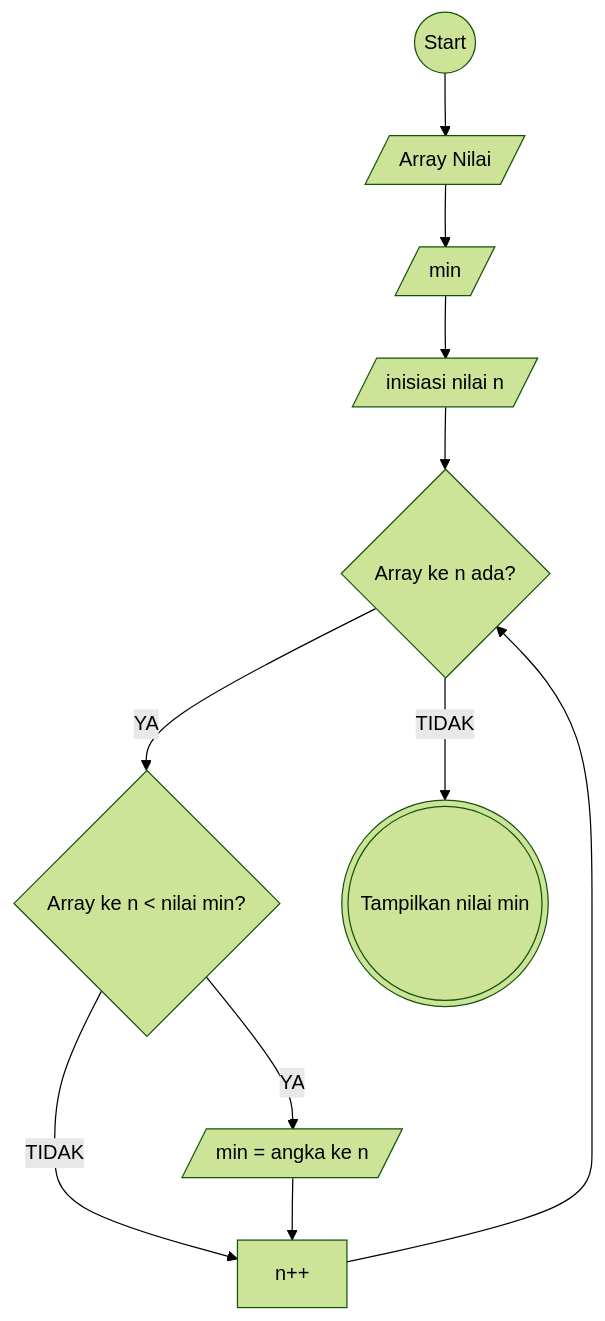
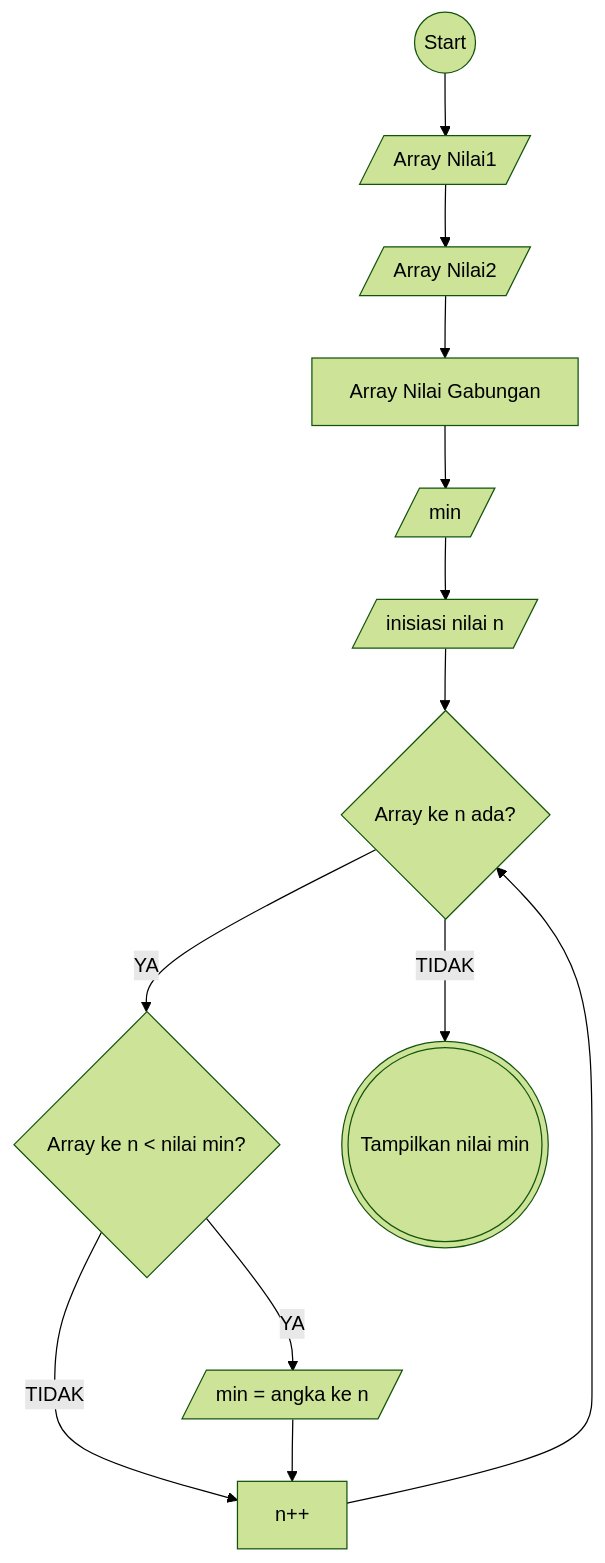
The second of 3 diagrams in koda-b1-javascript2-minitask1.md (mfchrzlmzakky/koda-b1-javascript2), drawn with Mermaid (forest theme) before and after one commit. The commit also changed other lines of this file and 1 other file, not shown here.

Commit message:
refactor: split array initialization into separate variables and update flowchart documentation

````diff
--- a/koda-b1-javascript2-minitask1.md
+++ b/koda-b1-javascript2-minitask1.md
@@ -26,22 +28,24 @@
 ```mermaid
 flowchart TB
 start((Start))
-input1[/Array Nilai/]
+input1[/Array Nilai1/]
+input11[/Array Nilai2/]
 input4[/min/]
 input7[/inisiasi nilai n/]
 input8[/min = angka ke n/]
 proses1[n++]
+proses112[Array Nilai Gabungan]
 check1{Array ke n ada?}
 check2{Array ke n < nilai min?}
 output1(((Tampilkan nilai min)))
-start -->input1
-input1-->input4
+start -->input1-->input11-->proses112
+proses112-->input4
 input4 --> input7
 input7 --> check1
 check1 -- YA --> check2
 check2 -- YA --> input8
 check2 -- TIDAK --> proses1
 input8 --> proses1
 proses1 --> check1
 check1 -- TIDAK --> output1
 ```
````
